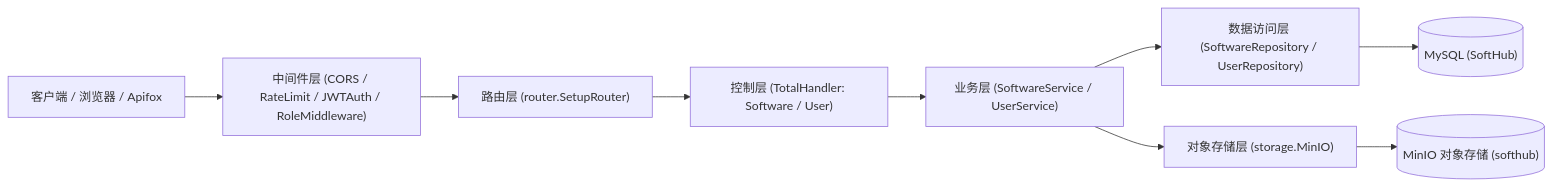
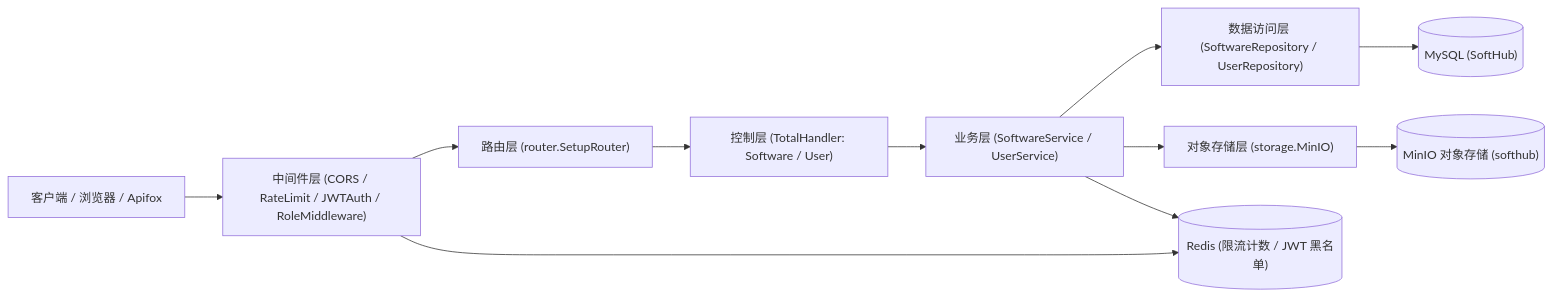
Before and after one commit to P-Libero/SoftHub_BACKEND: the diagram in README.md, drawn with Mermaid. The commit also changed other lines of this file, not shown here.

````diff
--- a/README.md
+++ b/README.md
@@ -25,11 +25,13 @@
 ```mermaid
 flowchart LR
     Client["客户端 / 浏览器 / Apifox"] --> Middleware["中间件层 (CORS / RateLimit / JWTAuth / RoleMiddleware)"]
     Middleware --> Router["路由层 (router.SetupRouter)"]
     Router --> Handler["控制层 (TotalHandler: Software / User)"]
     Handler --> Service["业务层 (SoftwareService / UserService)"]
     Service --> Repository["数据访问层 (SoftwareRepository / UserRepository)"]
     Service --> Storage["对象存储层 (storage.MinIO)"]
     Repository --> MySQL[("MySQL (SoftHub)")]
     Storage --> MinIO[("MinIO 对象存储 (softhub)")]
+    Middleware --> Redis[("Redis (限流计数 / JWT 黑名单)")]
+    Service --> Redis
 ```
````
